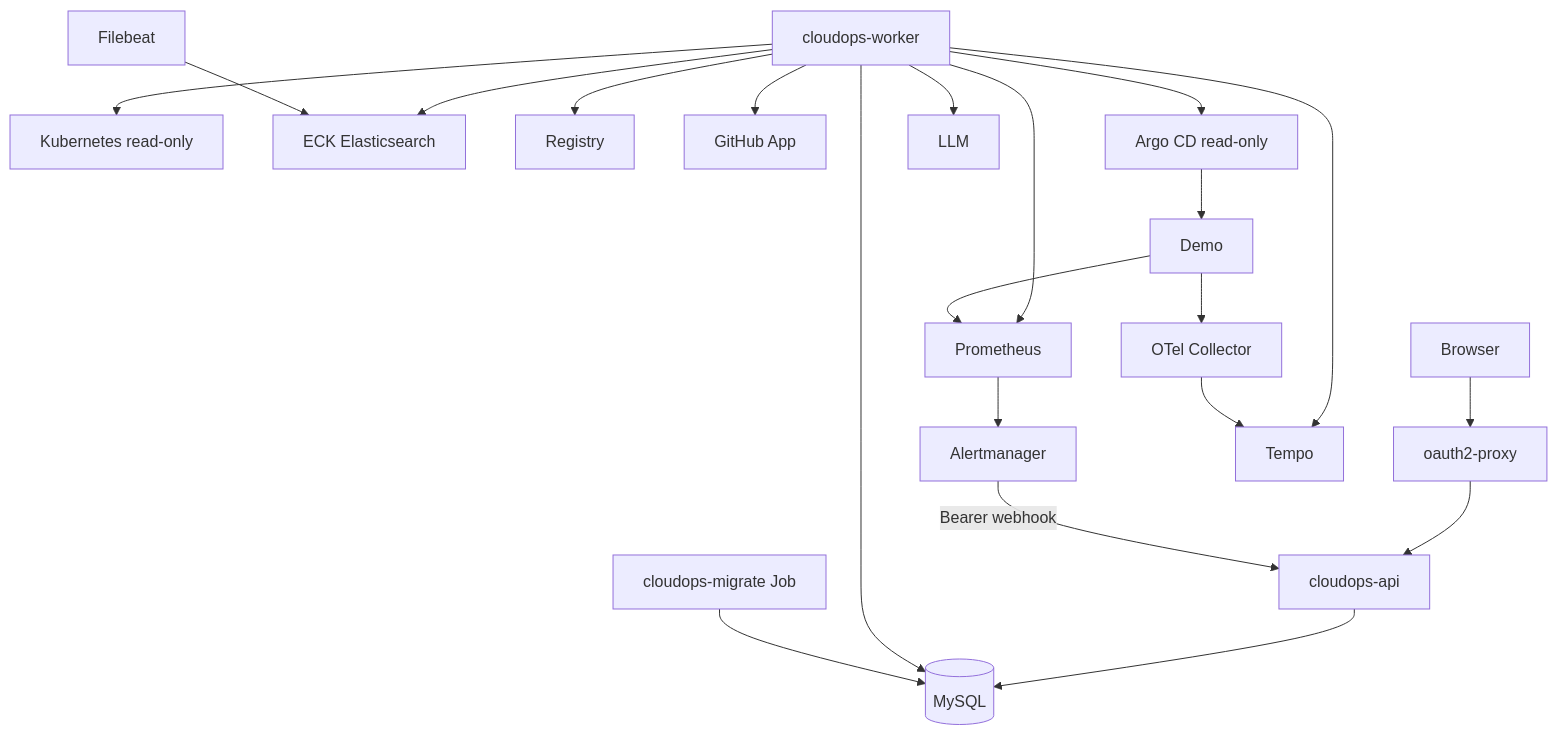
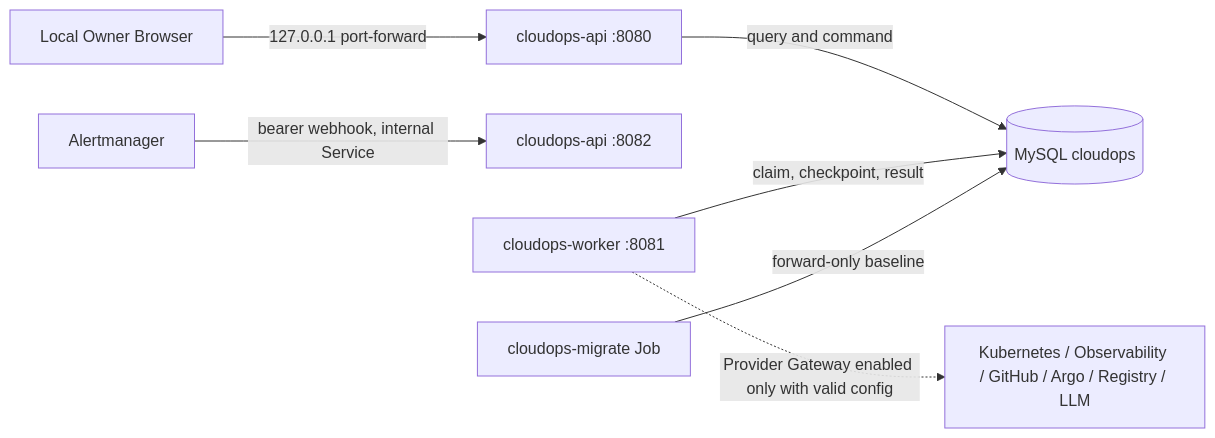
The diagram in docs/architecture.md (05allan1213/CloudOps-Copilot), drawn with Mermaid before and after one commit. The commit also changed other lines of this file and 601 other files, not shown here.

````diff
--- a/docs/architecture.md
+++ b/docs/architecture.md
@@ -126,23 +7,9 @@
 ```mermaid
-flowchart TB
-    Browser --> OAuth[oauth2-proxy]
-    OAuth --> API[cloudops-api]
-    Alertmanager -->|Bearer webhook| API
-    API --> DB[(MySQL)]
-    Worker[cloudops-worker] --> DB
-    Migrate[cloudops-migrate Job] --> DB
-    Worker --> K8s[Kubernetes read-only]
-    Worker --> Prom[Prometheus]
-    Worker --> ES[ECK Elasticsearch]
-    Worker --> Tempo
-    Worker --> Registry
-    Worker --> GitHub[GitHub App]
-    Worker --> Argo[Argo CD read-only]
-    Worker --> LLM
-    Filebeat --> ES
-    Demo --> Prom
-    Demo --> OTel[OTel Collector]
-    OTel --> Tempo
-    Prom --> Alertmanager
-    Argo --> Demo
+flowchart LR
+    Browser[Local Owner Browser] -->|127.0.0.1 port-forward| API[cloudops-api :8080]
+    Alertmanager[Alertmanager] -->|bearer webhook, internal Service| Ingress[cloudops-api :8082]
+    API -->|query and command| MySQL[(MySQL cloudops)]
+    Worker[cloudops-worker :8081] -->|claim, checkpoint, result| MySQL
+    Worker -. Provider Gateway enabled only with valid config .-> Providers[Kubernetes / Observability / GitHub / Argo / Registry / LLM]
+    Migrate[cloudops-migrate Job] -->|forward-only baseline| MySQL
 ```
````
